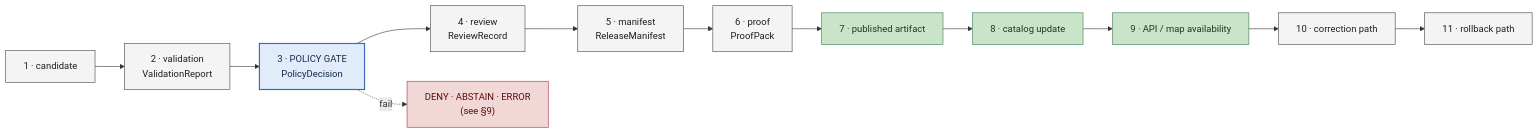
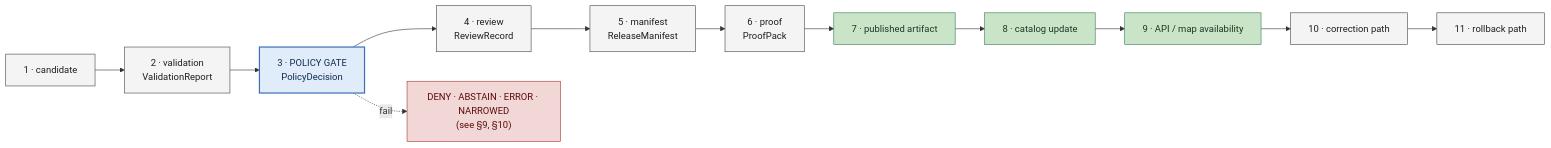
One commit to bartytime4life/Kansas-Frontier-Matrix changed the third of 3 diagrams in docs/doctrine/policy-aware.md. Above: the diagram before and after it, drawn with Mermaid. The commit also changed other lines of this file, not shown here.

````diff
--- a/docs/doctrine/policy-aware.md
+++ b/docs/doctrine/policy-aware.md
@@ -366,24 +384,24 @@
 ```mermaid
 flowchart LR
     classDef step fill:#F4F4F4,stroke:#444,color:#1F1F1F;
     classDef gate fill:#E1ECFB,stroke:#3A6EB4,color:#102A4C,stroke-width:2px;
     classDef pub  fill:#C9E4C7,stroke:#3B7A57,color:#1B3A24;
     classDef deny fill:#F2D7D7,stroke:#A33,color:#5A0A0A;
 
     S1["1 · candidate"]:::step
     S2["2 · validation<br/>ValidationReport"]:::step
     S3["3 · POLICY GATE<br/>PolicyDecision"]:::gate
     S4["4 · review<br/>ReviewRecord"]:::step
     S5["5 · manifest<br/>ReleaseManifest"]:::step
     S6["6 · proof<br/>ProofPack"]:::step
     S7["7 · published artifact"]:::pub
     S8["8 · catalog update"]:::pub
     S9["9 · API / map availability"]:::pub
     S10["10 · correction path"]:::step
     S11["11 · rollback path"]:::step
 
-    DENY["DENY · ABSTAIN · ERROR<br/>(see §9)"]:::deny
+    DENY["DENY · ABSTAIN · ERROR · NARROWED<br/>(see §9, §10)"]:::deny
 
     S1 --> S2 --> S3 --> S4 --> S5 --> S6 --> S7 --> S8 --> S9 --> S10 --> S11
     S3 -. fail .-> DENY
 ```
````
